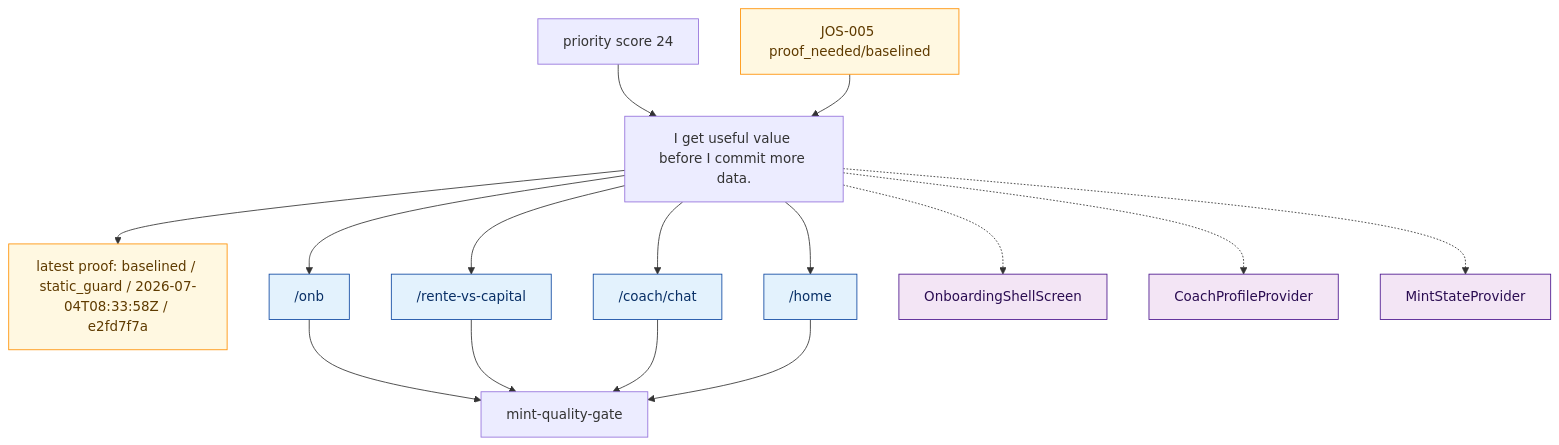
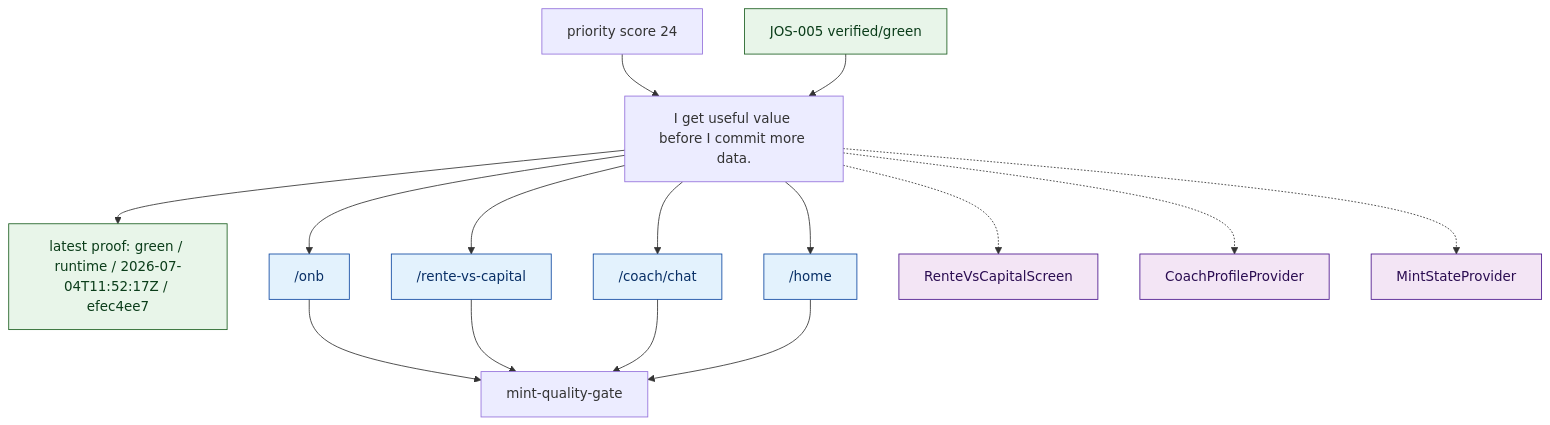
Before and after one commit to MINT-IA/MINT: the diagram in .planning/journeys/diagrams/onboarding_first_value.mmd, drawn with Mermaid. The commit also changed 13 other files, not shown here.

```diff
--- a/.planning/journeys/diagrams/onboarding_first_value.mmd
+++ b/.planning/journeys/diagrams/onboarding_first_value.mmd
@@ -1,45 +1,45 @@
 %% Generated from .planning/journeys/records/onboarding_first_value.json
 flowchart TD
   promise["I get useful value before I commit more data."]
   team["mint-quality-gate"]
-  latest["latest proof: baselined / static_guard / 2026-07-04T08:33:58Z / e2fd7f7a"]
+  latest["latest proof: green / runtime / 2026-07-04T11:52:17Z / efec4ee7"]
   promise --> latest
   classDef green fill:#e8f5e9,stroke:#1b5e20,color:#0b3d1a;
   classDef red fill:#ffebee,stroke:#b71c1c,color:#5f1111;
   classDef amber fill:#fff8e1,stroke:#ff8f00,color:#5f3b00;
   classDef blocked fill:#eceff1,stroke:#455a64,color:#263238;
   classDef neutral fill:#f5f5f5,stroke:#616161,color:#212121;
   classDef route fill:#e3f2fd,stroke:#0d47a1,color:#082f66;
   classDef surface fill:#f3e5f5,stroke:#4a148c,color:#2b0d52;
   classDef api fill:#e0f2f1,stroke:#00695c,color:#003d35;
-  class latest amber
+  class latest green
   priority["priority score 24"]
   priority --> promise
   route_onb["/onb"]
   promise --> route_onb
   route_onb --> team
   class route_onb route
   route_rente_vs_capital["/rente-vs-capital"]
   promise --> route_rente_vs_capital
   route_rente_vs_capital --> team
   class route_rente_vs_capital route
   route_coach_chat["/coach/chat"]
   promise --> route_coach_chat
   route_coach_chat --> team
   class route_coach_chat route
   route_home["/home"]
   promise --> route_home
   route_home --> team
   class route_home route
-  surface_OnboardingShellScreen["OnboardingShellScreen"]
-  promise -.-> surface_OnboardingShellScreen
-  class surface_OnboardingShellScreen surface
+  surface_RenteVsCapitalScreen["RenteVsCapitalScreen"]
+  promise -.-> surface_RenteVsCapitalScreen
+  class surface_RenteVsCapitalScreen surface
   surface_CoachProfileProvider["CoachProfileProvider"]
   promise -.-> surface_CoachProfileProvider
   class surface_CoachProfileProvider surface
   surface_MintStateProvider["MintStateProvider"]
   promise -.-> surface_MintStateProvider
   class surface_MintStateProvider surface
-  issue_JOS_005["JOS-005 proof_needed/baselined"]
+  issue_JOS_005["JOS-005 verified/green"]
   issue_JOS_005 --> promise
-  class issue_JOS_005 amber
+  class issue_JOS_005 green
```
